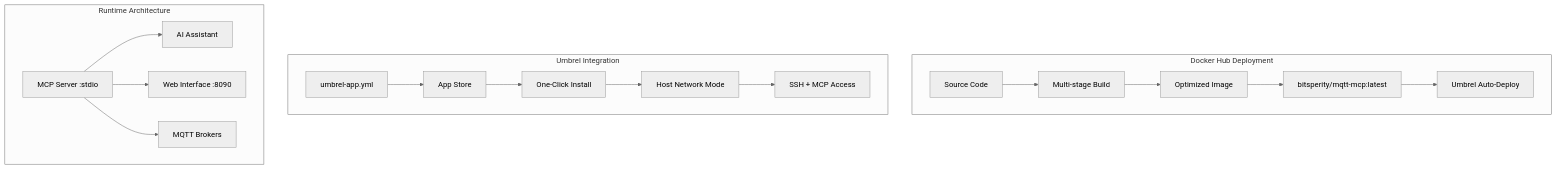
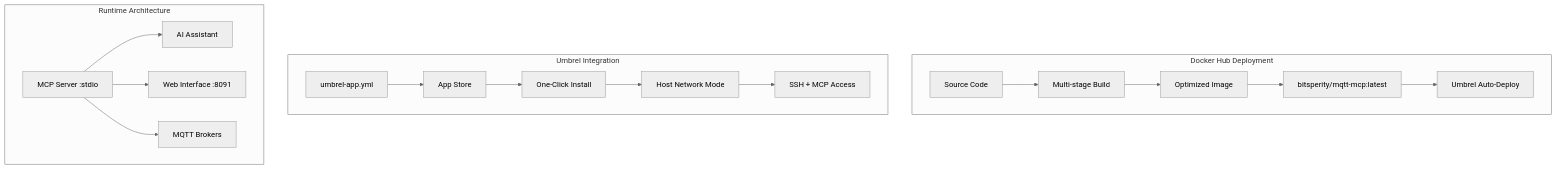
Before and after one commit to bitsperity/bitsperity_apps: the second of 2 diagrams in bitsperity-mqtt-mcp/ai_docs/implementation/phase-4-progress.md, drawn with Mermaid (neutral theme). The commit also changed other lines of this file and 4 other files, not shown here.

````diff
--- a/bitsperity-mqtt-mcp/ai_docs/implementation/phase-4-progress.md
+++ b/bitsperity-mqtt-mcp/ai_docs/implementation/phase-4-progress.md
@@ -89,22 +89,22 @@
 ```mermaid
 graph TB
     subgraph "Docker Hub Deployment"
         A[Source Code] --> B[Multi-stage Build]
         B --> C[Optimized Image]
         C --> D[bitsperity/mqtt-mcp:latest]
         D --> E[Umbrel Auto-Deploy]
     end
     
     subgraph "Umbrel Integration"
         F[umbrel-app.yml] --> G[App Store]
         G --> H[One-Click Install]
         H --> I[Host Network Mode]
         I --> J[SSH + MCP Access]
     end
     
     subgraph "Runtime Architecture"
         K[MCP Server :stdio] --> L[AI Assistant]
-        K --> M[Web Interface :8090]
+        K --> M[Web Interface :8091]
         K --> N[MQTT Brokers]
     end
 ```
````
